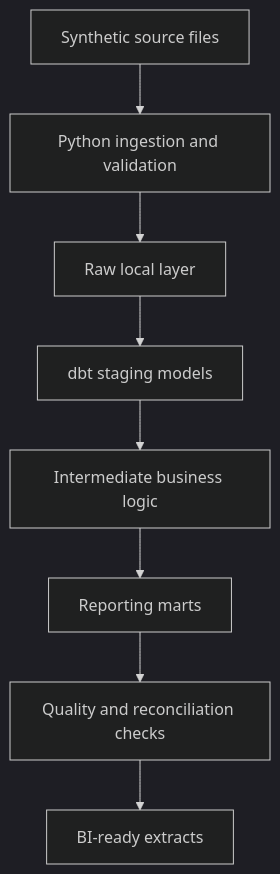
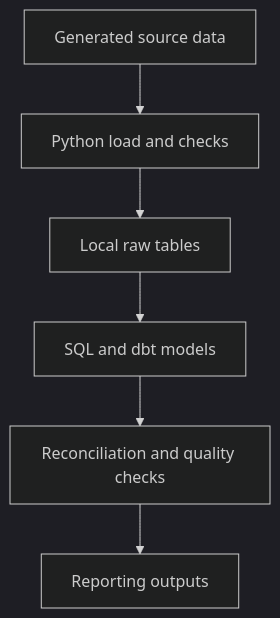
The diagram in docs/architecture.md (Wasim-Jussab/finance-analytics-engineering-portfolio), drawn with Mermaid (dark theme) before and after one commit. The commit also changed other lines of this file, not shown here.

Commit message:
Day 1: explain the initial architecture decision

```diff
--- a/docs/architecture.md
+++ b/docs/architecture.md
@@ -8,10 +10,8 @@
 ~~~mermaid
 flowchart TD
-    A["Synthetic source files"] --> B["Python ingestion and validation"]
-    B --> C["Raw local layer"]
-    C --> D["dbt staging models"]
-    D --> E["Intermediate business logic"]
-    E --> F["Reporting marts"]
-    F --> G["Quality and reconciliation checks"]
-    G --> H["BI-ready extracts"]
+    A["Generated source data"] --> B["Python load and checks"]
+    B --> C["Local raw tables"]
+    C --> D["SQL and dbt models"]
+    D --> E["Reconciliation and quality checks"]
+    E --> F["Reporting outputs"]
 ~~~
```
